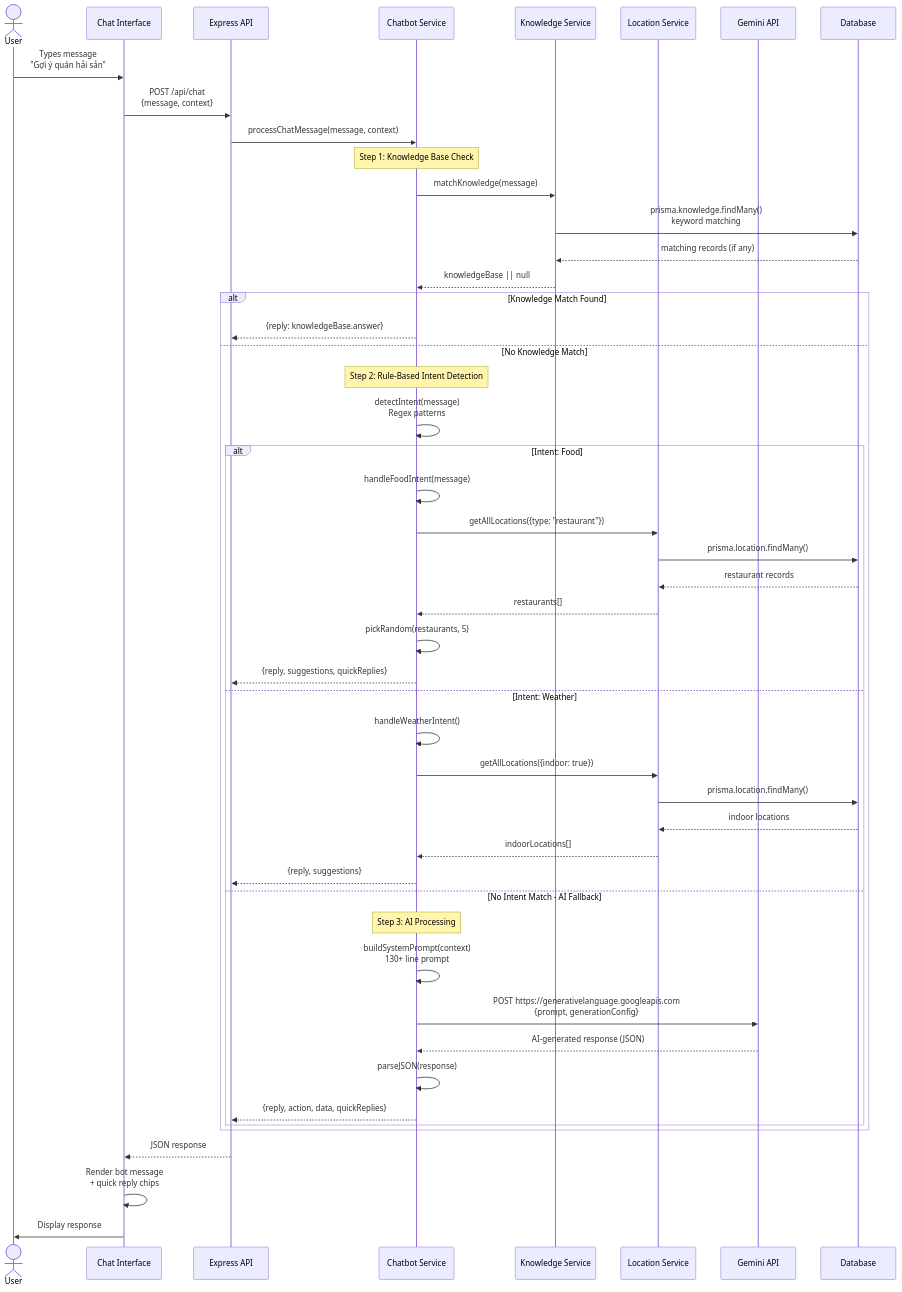
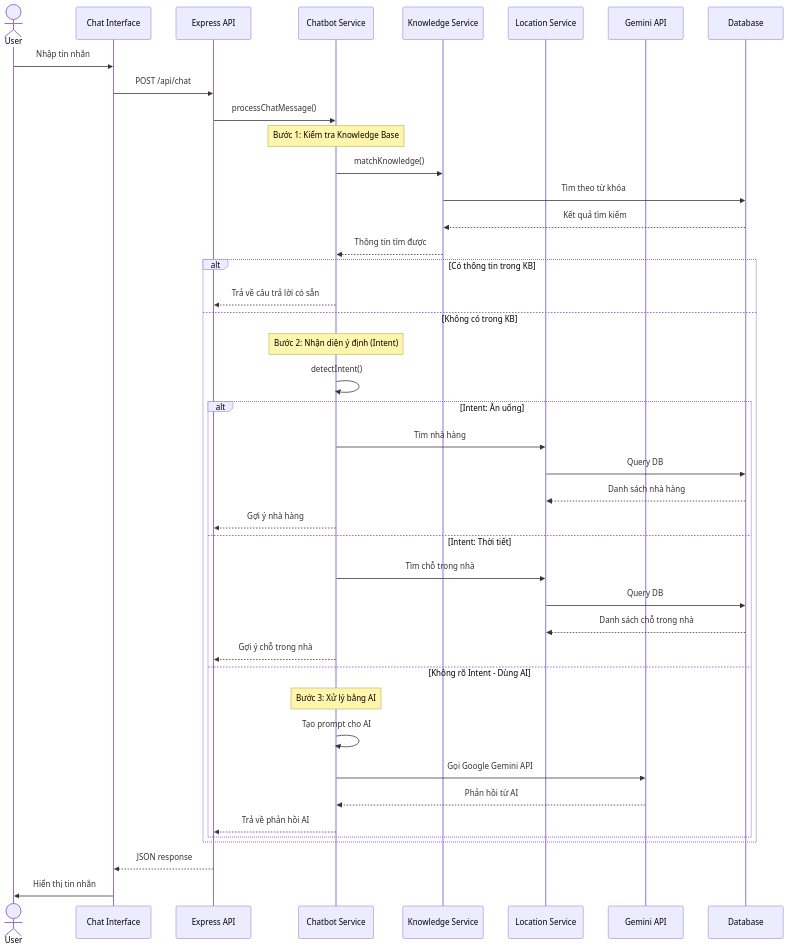
The fifth of 14 diagrams in docs/ARCHITECTURE.md (Doggie-H/Dana-Travel), drawn with Mermaid before and after one commit. The commit also changed other lines of this file and 2863 other files, not shown here.

Commit message:
docs: Add initial architecture documentation covering system overview, design principles, and detailed data flow diagrams.

````diff
--- a/docs/ARCHITECTURE.md
+++ b/docs/ARCHITECTURE.md
@@ -233,57 +239,50 @@
 ```mermaid
 sequenceDiagram
     actor User
     participant Frontend as Chat Interface
     participant API as Express API
     participant Chatbot as Chatbot Service
     participant Knowledge as Knowledge Service
     participant Location as Location Service
     participant Gemini as Gemini API
     participant DB as Database
     
-    User->>Frontend: Types message<br/>"Gợi ý quán hải sản"
-    Frontend->>API: POST /api/chat<br/>{message, context}
+    User->>Frontend: Nhập tin nhắn
+    Frontend->>API: POST /api/chat
     
-    API->>Chatbot: processChatMessage(message, context)
+    API->>Chatbot: processChatMessage()
     
-    Note over Chatbot: Step 1: Knowledge Base Check
-    Chatbot->>Knowledge: matchKnowledge(message)
-    Knowledge->>DB: prisma.knowledge.findMany()<br/>keyword matching
-    DB-->>Knowledge: matching records (if any)
-    Knowledge-->>Chatbot: knowledgeBase || null
+    Note over Chatbot: Bước 1: Kiểm tra Knowledge Base
+    Chatbot->>Knowledge: matchKnowledge()
+    Knowledge->>DB: Tìm theo từ khóa
+    DB-->>Knowledge: Kết quả tìm kiếm
+    Knowledge-->>Chatbot: Thông tin tìm được
     
-    alt Knowledge Match Found
-        Chatbot-->>API: {reply: knowledgeBase.answer}
-    else No Knowledge Match
-        Note over Chatbot: Step 2: Rule-Based Intent Detection
-        Chatbot->>Chatbot: detectIntent(message)<br/>Regex patterns
+    alt Có thông tin trong KB
+        Chatbot-->>API: Trả về câu trả lời có sẵn
+    else Không có trong KB
+        Note over Chatbot: Bước 2: Nhận diện ý định (Intent)
+        Chatbot->>Chatbot: detectIntent()
         
-        alt Intent: Food
-            Chatbot->>Chatbot: handleFoodIntent(message)
-            Chatbot->>Location: getAllLocations({type: "restaurant"})
-            Location->>DB: prisma.location.findMany()
-            DB-->>Location: restaurant records
-            Location-->>Chatbot: restaurants[]
-            Chatbot->>Chatbot: pickRandom(restaurants, 5)
-            Chatbot-->>API: {reply, suggestions, quickReplies}
-        else Intent: Weather
-            Chatbot->>Chatbot: handleWeatherIntent()
-            Chatbot->>Location: getAllLocations({indoor: true})
-            Location->>DB: prisma.location.findMany()
-            DB-->>Location: indoor locations
-            Location-->>Chatbot: indoorLocations[]
-            Chatbot-->>API: {reply, suggestions}
-        else No Intent Match - AI Fallback
-            Note over Chatbot: Step 3: AI Processing
-            Chatbot->>Chatbot: buildSystemPrompt(context)<br/>130+ line prompt
-            Chatbot->>Gemini: POST https://generativelanguage.googleapis.com<br/>{prompt, generationConfig}
-            Gemini-->>Chatbot: AI-generated response (JSON)
-            Chatbot->>Chatbot: parseJSON(response)
-            Chatbot-->>API: {reply, action, data, quickReplies}
+        alt Intent: Ăn uống
+            Chatbot->>Location: Tìm nhà hàng
+            Location->>DB: Query DB
+            DB-->>Location: Danh sách nhà hàng
+            Chatbot-->>API: Gợi ý nhà hàng
+        else Intent: Thời tiết
+            Chatbot->>Location: Tìm chỗ trong nhà
+            Location->>DB: Query DB
+            DB-->>Location: Danh sách chỗ trong nhà
+            Chatbot-->>API: Gợi ý chỗ trong nhà
+        else Không rõ Intent - Dùng AI
+            Note over Chatbot: Bước 3: Xử lý bằng AI
+            Chatbot->>Chatbot: Tạo prompt cho AI
+            Chatbot->>Gemini: Gọi Google Gemini API
+            Gemini-->>Chatbot: Phản hồi từ AI
+            Chatbot-->>API: Trả về phản hồi AI
         end
     end
     
     API-->>Frontend: JSON response
-    Frontend->>Frontend: Render bot message<br/>+ quick reply chips
-    Frontend->>User: Display response
+    Frontend->>User: Hiển thị tin nhắn
 ```
````
